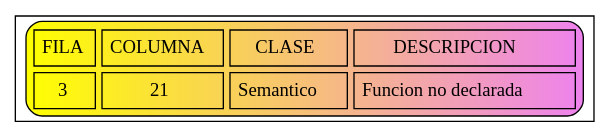
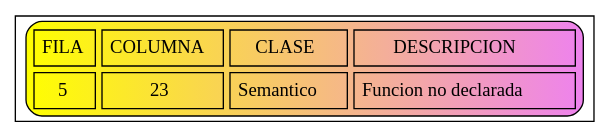
One commit to JoseMore99/OLC2_P1_201701015 changed the diagram in Errores.dot. Above: the diagram before and after it, drawn with Graphviz. The commit also changed 5 other files, not shown here.

```diff
--- a/Errores.dot
+++ b/Errores.dot
@@ -1,7 +1,7 @@
 digraph G{
 node [shape=record];
 a0 [label=<<TABLE border="1" cellspacing="5" cellpadding="5" style="rounded" bgcolor="yellow:violet">
 "<TR><TD>FILA</TD><TD>COLUMNA</TD><TD>CLASE</TD><TD>DESCRIPCION</TD></TR>
-<TR><TD>3</TD><TD>21</TD><TD>Semantico</TD><TD>Funcion no declarada</TD></TR>
+<TR><TD>5</TD><TD>23</TD><TD>Semantico</TD><TD>Funcion no declarada</TD></TR>
 </TABLE>>];
 }
```
